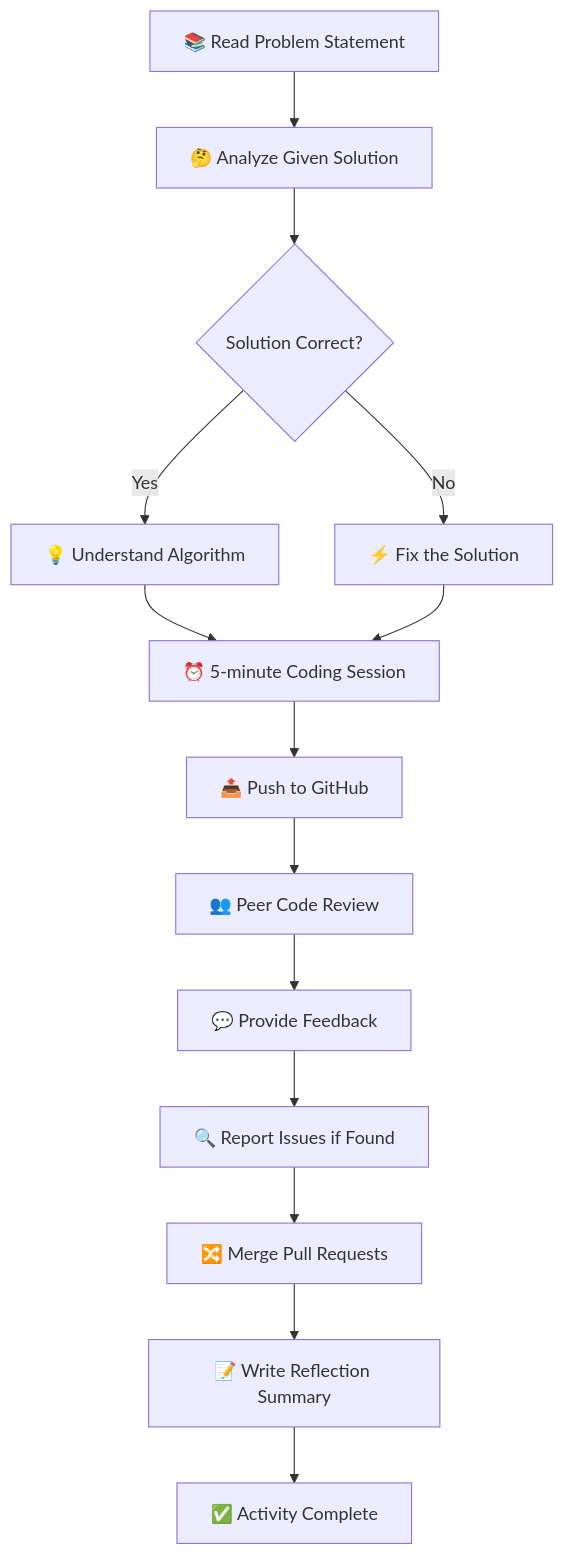
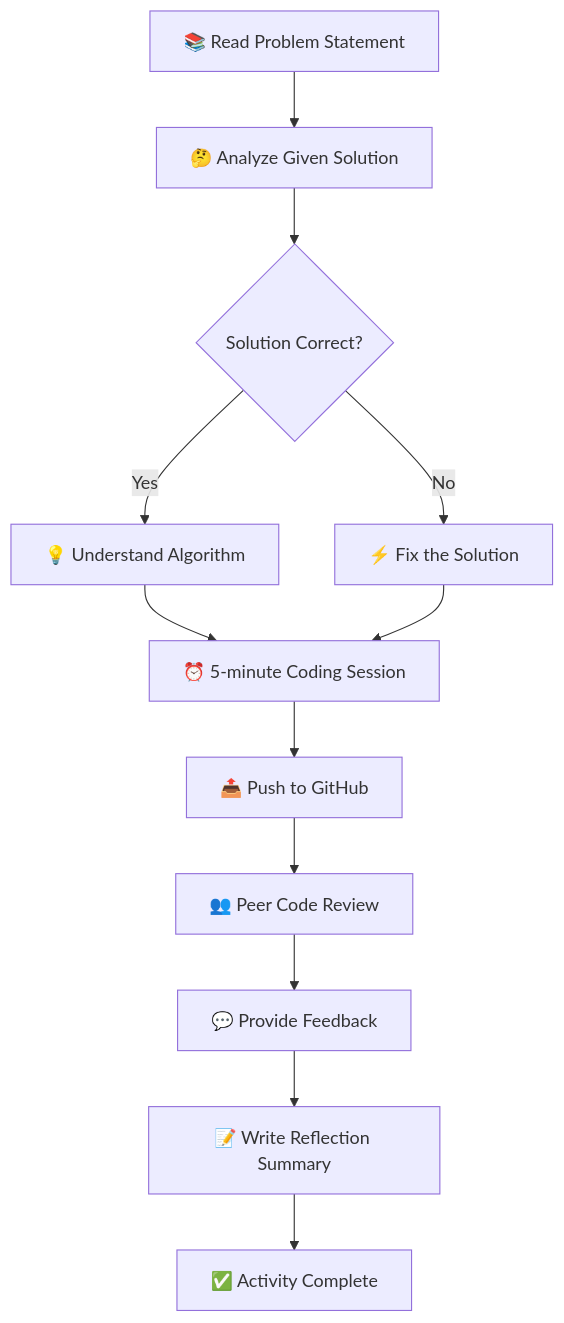
Before and after one commit to TaiChi112/Documents: the first of 2 diagrams in Social_and_Professional_Ethics/docs/README.md, drawn with Mermaid.

Commit message:
fix: Update activity flow diagram to streamline peer review and reflection summary process

````diff
--- a/Social_and_Professional_Ethics/docs/README.md
+++ b/Social_and_Professional_Ethics/docs/README.md
@@ -8,16 +8,16 @@
 ```mermaid
 graph TD
     A[📚 Read Problem Statement] --> B[🤔 Analyze Given Solution]
     B --> C{Solution Correct?}
     C -->|Yes| D[💡 Understand Algorithm]
     C -->|No| E[⚡ Fix the Solution]
     D --> F[⏰ 5-minute Coding Session]
     E --> F
     F --> G[📤 Push to GitHub]
     G --> H[👥 Peer Code Review]
     H --> I[💬 Provide Feedback]
-    I --> J[🔍 Report Issues if Found]
-    J --> K[🔀 Merge Pull Requests]
-    K --> L[📝 Write Reflection Summary]
+    %% I --> J[🔍 Report Issues if Found]
+    %% J --> K[🔀 Merge Pull Requests]
+    I --> L[📝 Write Reflection Summary]
     L --> M[✅ Activity Complete]
 ```
````
